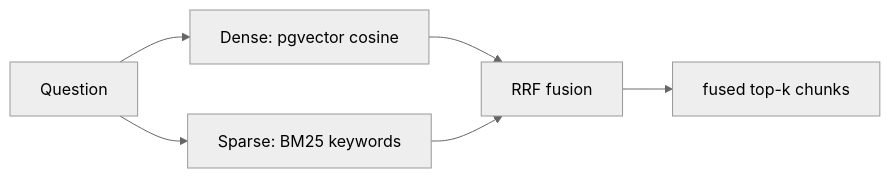
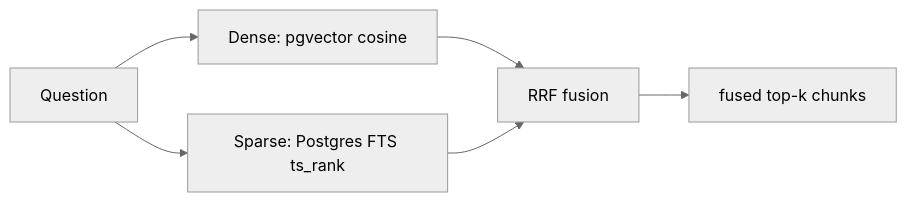
The third of 3 diagrams in docs/learn/07-rag-pipeline.md (objectgyan/agentic-rag-system), drawn with Mermaid (neutral theme) before and after one commit. The commit also changed other lines of this file and 7 other files, not shown here.

First line of the commit message:
docs: sync all docs with current pipeline (sparse=in-DB FTS, new capabilities)

````diff
--- a/docs/learn/07-rag-pipeline.md
+++ b/docs/learn/07-rag-pipeline.md
@@ -111,8 +113,8 @@
 ```mermaid
 flowchart LR
     QV[Question] --> D[Dense: pgvector cosine]
-    QV --> S[Sparse: BM25 keywords]
+    QV --> S[Sparse: Postgres FTS ts_rank]
     D --> F[RRF fusion]
     S --> F
     F --> TOPK[fused top-k chunks]
 ```
````
